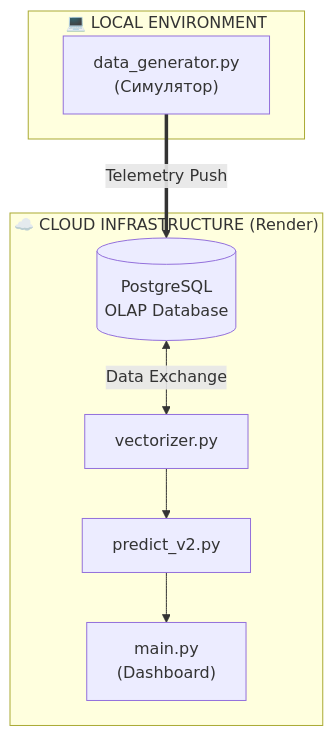
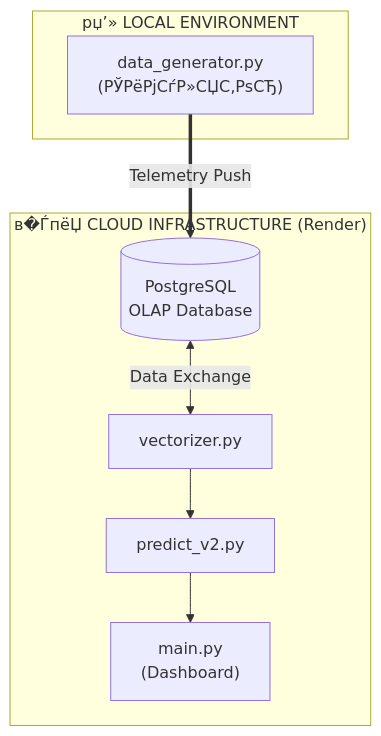
One commit to Lutvunenko-Dmutro/EnergyMonitor-OLAP changed the second of 4 diagrams in docs/thesis/THESIS_3_DESIGN_AND_IMPLEMENTATION_EXPANDED.md. Above: the diagram before and after it, drawn with Mermaid. The commit also changed other lines of this file and 4 other files, not shown here.

````diff
--- a/docs/thesis/THESIS_3_DESIGN_AND_IMPLEMENTATION_EXPANDED.md
+++ b/docs/thesis/THESIS_3_DESIGN_AND_IMPLEMENTATION_EXPANDED.md
@@ -49,18 +49,18 @@
 ```mermaid
 graph TD
-    subgraph Local ["💻 LOCAL ENVIRONMENT"]
-        DG["data_generator.py\n(Симулятор)"]
+    subgraph Local ["рџ’» LOCAL ENVIRONMENT"]
+        DG["data_generator.py\n(РЎРёРјСѓР»СЏС‚РѕСЂ)"]
     end
 
-    subgraph Cloud ["☁️ CLOUD INFRASTRUCTURE (Render)"]
+    subgraph Cloud ["в�ЃпёЏ CLOUD INFRASTRUCTURE (Render)"]
         DB[(PostgreSQL\nOLAP Database)]
         Vect["vectorizer.py"]
         Pred["predict_v2.py"]
         UI["main.py\n(Dashboard)"]
     end
 
     DG ==>|"Telemetry Push"| DB
     DB <-->|"Data Exchange"| Vect
     Vect --> Pred
     Pred --> UI
 ```
````
